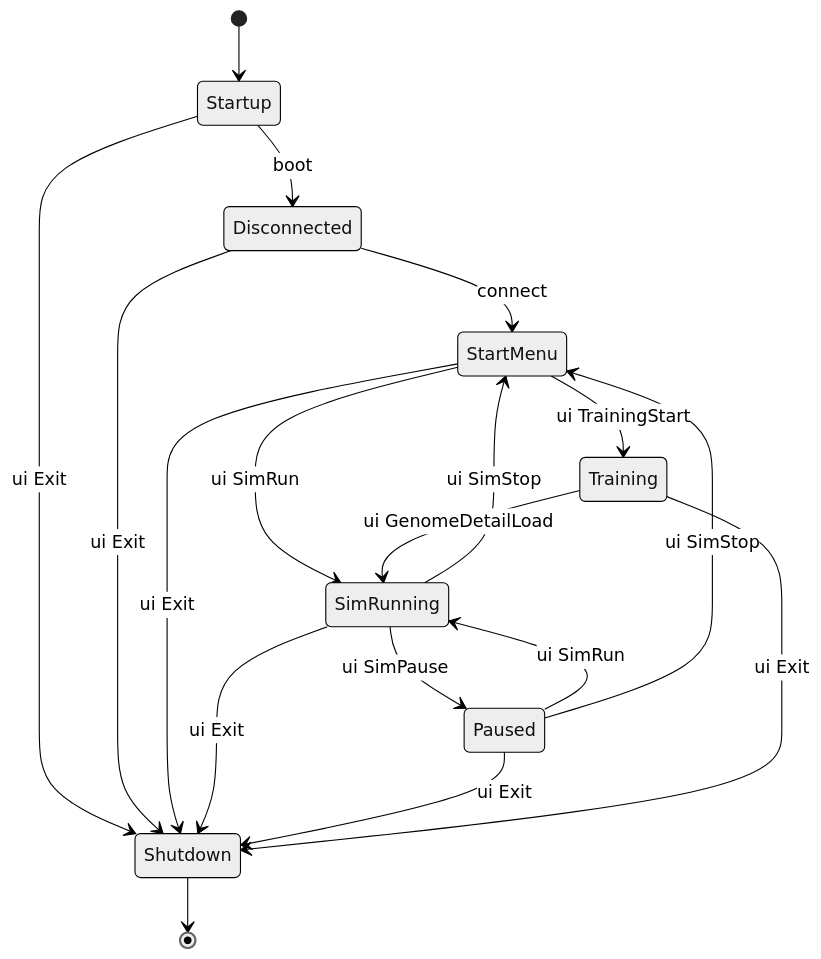
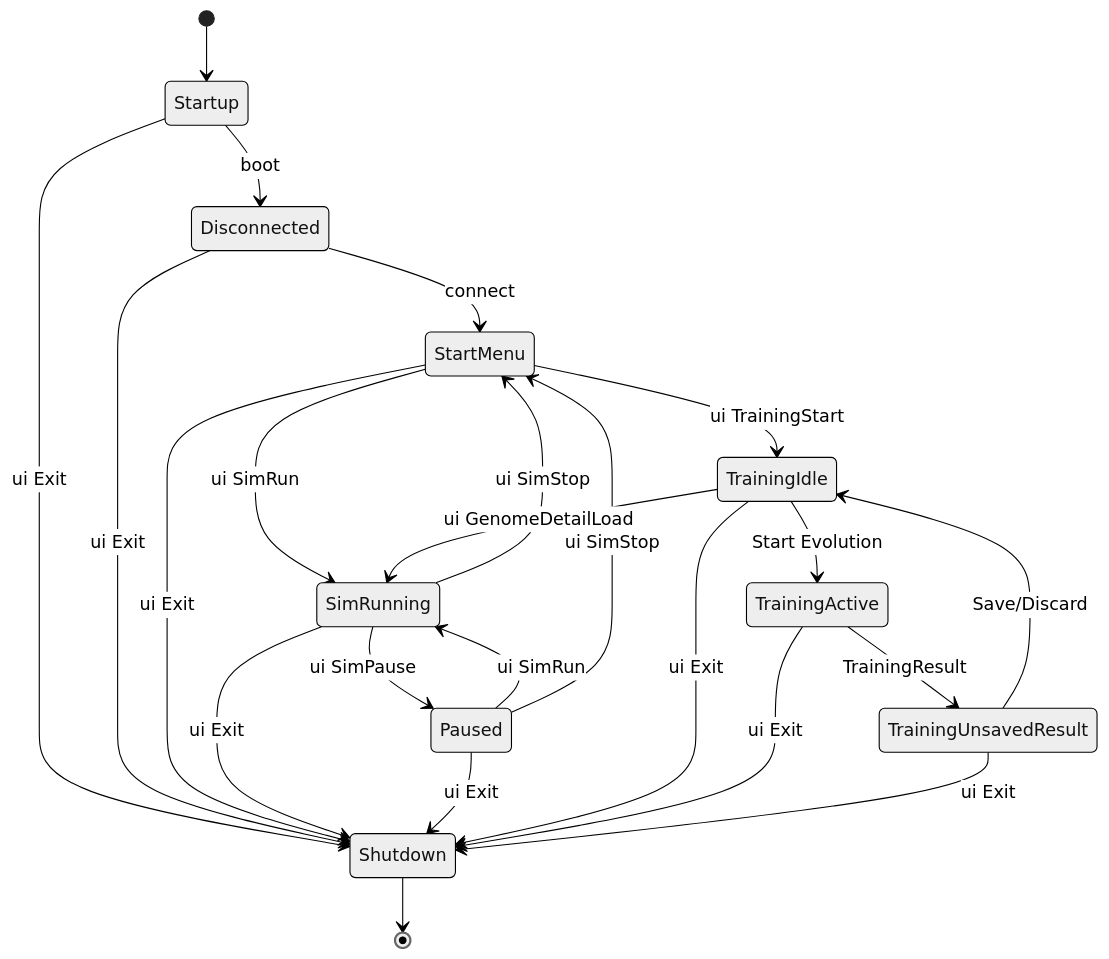
The diagram in apps/src/ui/README.md (aortez/dirtsim), drawn with Mermaid (neutral theme) before and after one commit. The commit also changed other lines of this file and 47 other files, not shown here.

````diff
--- a/apps/src/ui/README.md
+++ b/apps/src/ui/README.md
@@ -19,23 +21,28 @@
 ```mermaid
 stateDiagram-v2
     [*] --> Startup
     Startup --> Disconnected: boot
     Disconnected --> StartMenu: connect
 
     StartMenu --> SimRunning: ui SimRun
     SimRunning --> Paused: ui SimPause
     Paused --> SimRunning: ui SimRun
     SimRunning --> StartMenu: ui SimStop
     Paused --> StartMenu: ui SimStop
 
-    StartMenu --> Training: ui TrainingStart
-    Training --> SimRunning: ui GenomeDetailLoad
+    StartMenu --> TrainingIdle: ui TrainingStart
+    TrainingIdle --> TrainingActive: Start Evolution
+    TrainingActive --> TrainingUnsavedResult: TrainingResult
+    TrainingUnsavedResult --> TrainingIdle: Save/Discard
+    TrainingIdle --> SimRunning: ui GenomeDetailLoad
 
     Startup --> Shutdown: ui Exit
     Disconnected --> Shutdown: ui Exit
     StartMenu --> Shutdown: ui Exit
     SimRunning --> Shutdown: ui Exit
     Paused --> Shutdown: ui Exit
-    Training --> Shutdown: ui Exit
+    TrainingIdle --> Shutdown: ui Exit
+    TrainingActive --> Shutdown: ui Exit
+    TrainingUnsavedResult --> Shutdown: ui Exit
     Shutdown --> [*]
 ```
````
